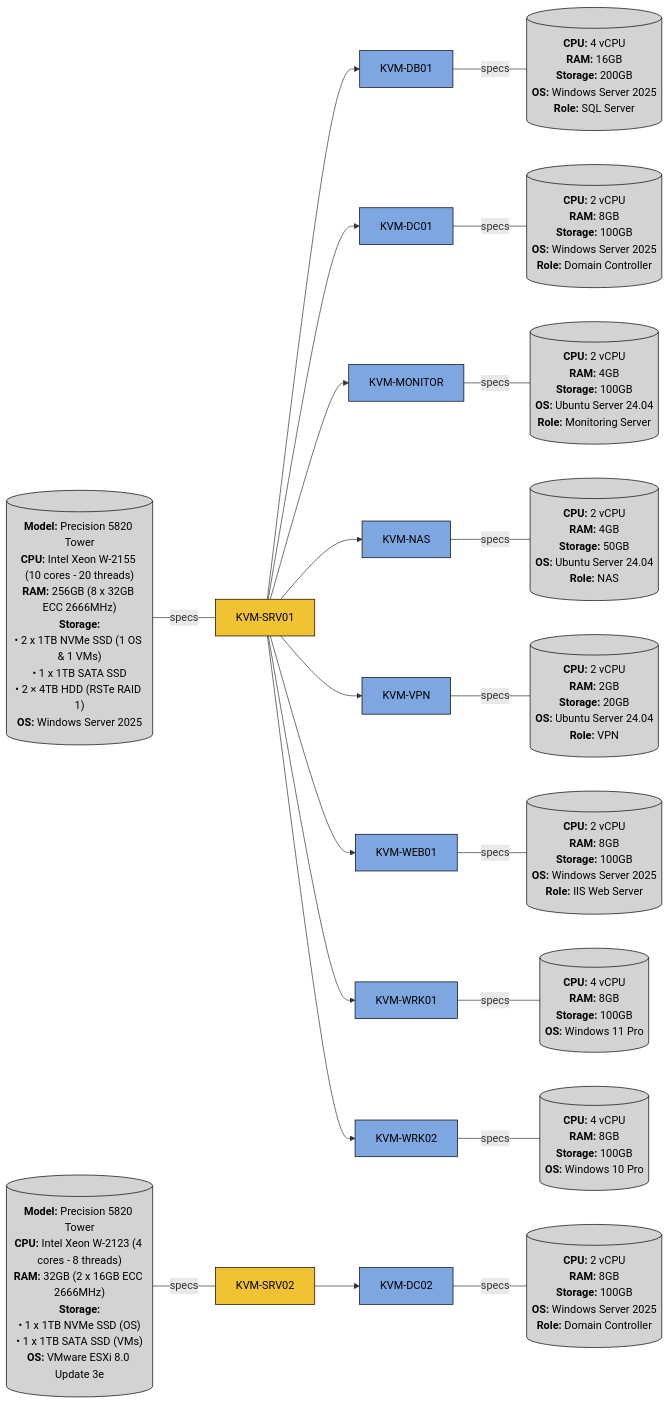
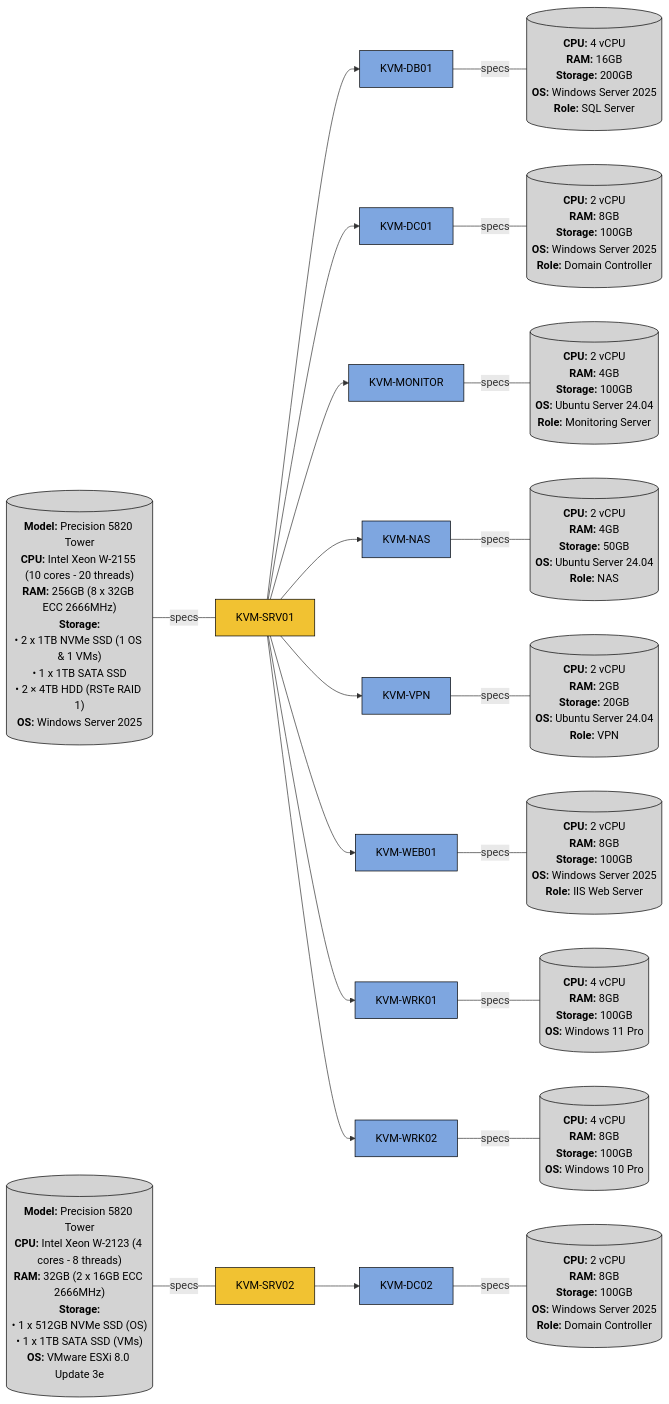
One commit to khangvum/homelab-ansible-config changed the diagram in README.md. Above: the diagram before and after it, drawn with Mermaid.

Commit message:
Adjusted KVM-SRV02's storage to 512GB NVMe SSD for OS

````diff
--- a/README.md
+++ b/README.md
@@ -14,80 +14,80 @@
 ```mermaid
 flowchart LR
     %% 1. KVM-SRV01
     %% - Host
     SRV01_SPECS[("`**Model:** Precision 5820 Tower
         **CPU:** Intel Xeon W-2155 (10 cores - 20 threads)
         **RAM:** 256GB (8 x 32GB ECC 2666MHz)
         **Storage:**
         • 2 x 1TB NVMe SSD (1 OS & 1 VMs)
         • 1 x 1TB SATA SSD
         • 2 × 4TB HDD (RSTe RAID 1)
         **OS:** Windows Server 2025`")] -- specs --- SRV01[KVM-SRV01]
     
     %% - VMs
     SRV01 --> DB01[KVM-DB01] -- specs --- DB01_SPECS[("`**CPU:** 4 vCPU
                                                         **RAM:** 16GB
                                                         **Storage:** 200GB
                                                         **OS:** Windows Server 2025
                                                         **Role:** SQL Server`")]
     SRV01 --> DC01[KVM-DC01] -- specs --- DC01_SPECS[("`**CPU:** 2 vCPU
                                                         **RAM:** 8GB
                                                         **Storage:** 100GB
                                                         **OS:** Windows Server 2025
                                                         **Role:** Domain Controller`")]
     SRV01 --> MONITOR[KVM-MONITOR] -- specs --- MONITOR_SPECS[("`**CPU:** 2 vCPU
                                                                 **RAM:** 4GB
                                                                 **Storage:** 100GB
                                                                 **OS:** Ubuntu Server 24.04
                                                                 **Role:** Monitoring Server`")]
     SRV01 --> NAS[KVM-NAS] -- specs --- NAS_SPECS[("`**CPU:** 2 vCPU
                                                     **RAM:** 4GB
                                                     **Storage:** 50GB
                                                     **OS:** Ubuntu Server 24.04
                                                     **Role:** NAS`")]        
     SRV01 --> VPN[KVM-VPN] -- specs --- VPN_SPECS[("`**CPU:** 2 vCPU
                                                     **RAM:** 2GB
                                                     **Storage:** 20GB
                                                     **OS:** Ubuntu Server 24.04
                                                     **Role:** VPN`")]
     SRV01 --> WEB01[KVM-WEB01] -- specs --- WEB01_SPECS[("`**CPU:** 2 vCPU
                                                             **RAM:** 8GB
                                                             **Storage:** 100GB
                                                             **OS:** Windows Server 2025
                                                             **Role:** IIS Web Server`")]
     SRV01 --> WRK01[KVM-WRK01] -- specs --- WRK01_SPECS[("`**CPU:** 4 vCPU
                                                             **RAM:** 8GB
                                                             **Storage:** 100GB
                                                             **OS:** Windows 11 Pro`")]
     SRV01 --> WRK02[KVM-WRK02] -- specs --- WRK02_SPECS[("`**CPU:** 4 vCPU
                                                             **RAM:** 8GB
                                                             **Storage:** 100GB
                                                             **OS:** Windows 10 Pro`")]
 
     
 
     %% 2. KVM-SRV02
     %% - Host
     SRV02_SPECS[("`**Model:** Precision 5820 Tower
         **CPU:** Intel Xeon W-2123 (4 cores - 8 threads)
         **RAM:** 32GB (2 x 16GB ECC 2666MHz)
         **Storage:**
-        • 1 x 1TB NVMe SSD (OS)
+        • 1 x 512GB NVMe SSD (OS)
         • 1 x 1TB SATA SSD (VMs)
         **OS:** VMware ESXi 8.0 Update 3e`")] -- specs --- SRV02[KVM-SRV02]
 
     %% - VMs
     SRV02 --> DC02[KVM-DC02] -- specs --- DC02_SPECS[("`**CPU:** 2 vCPU
                                                         **RAM:** 8GB
                                                         **Storage:** 100GB
                                                         **OS:** Windows Server 2025
                                                         **Role:** Domain Controller`")]
 
     %% Styling
     class SRV01,SRV02 hosts
     classDef hosts fill:#f1c232,stroke:#000,color:#000
     class DB01,DC01,DC02,MONITOR,NAS,VPN,WEB01,WRK01,WRK02 vms
     classDef vms fill:#7ea6e0,stroke:#000,color:#000
     class SRV01_SPECS,SRV02_SPECS,DB01_SPECS,DC01_SPECS,DC02_SPECS,MONITOR_SPECS,NAS_SPECS,VPN_SPECS,WEB01_SPECS,WRK01_SPECS,WRK02_SPECS specs
     classDef specs fill:#d3d3d3,stroke:#000,color:#000
 ```
````
